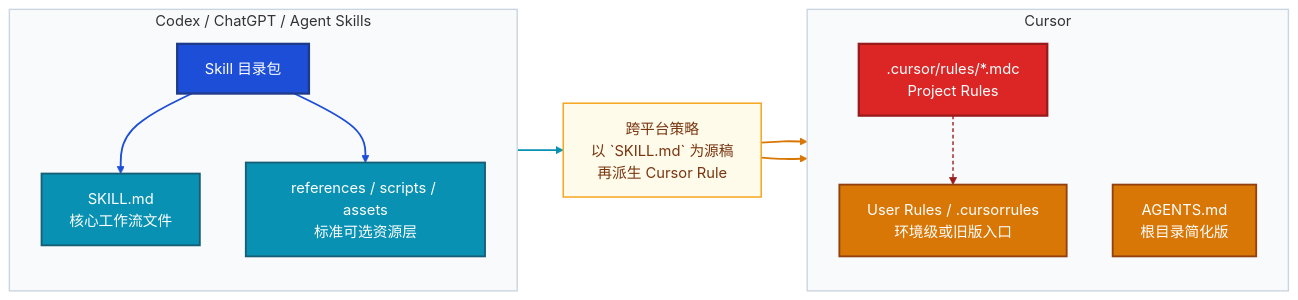
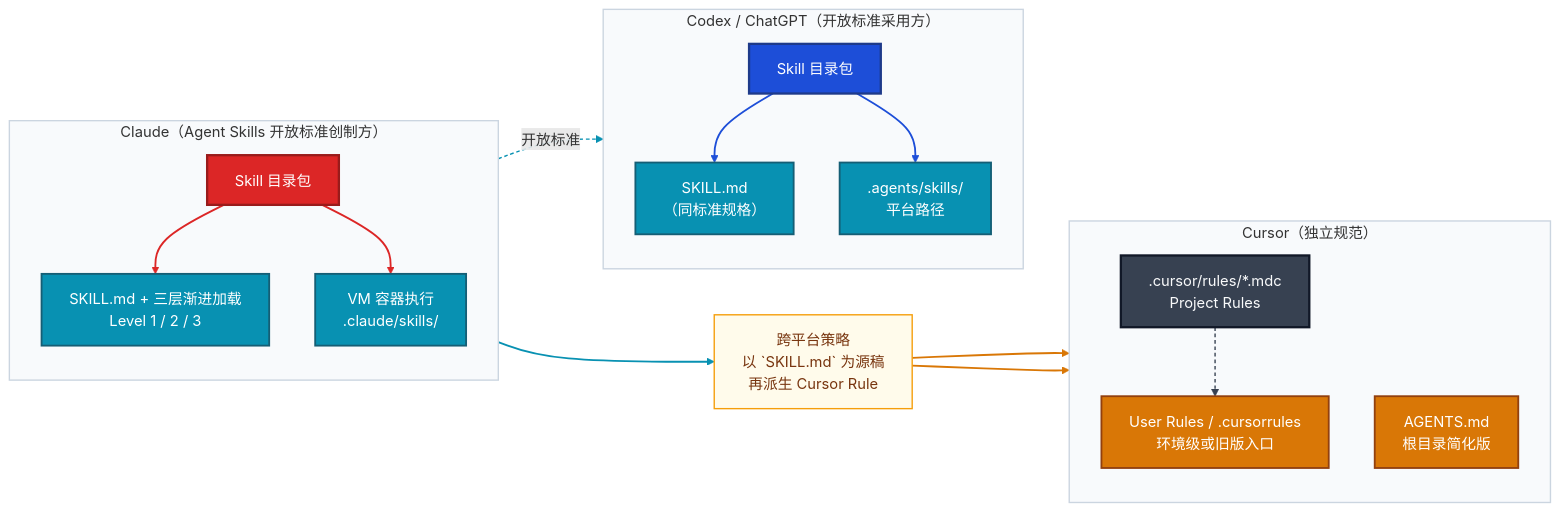
One commit to amuqiao/empty changed the second of 3 diagrams in mermaid作图规范/标准Skill目录规范与平台差异说明.md. Above: the diagram before and after it, drawn with Mermaid. The commit also changed other lines of this file and 1 other file, not shown here.

````diff
--- a/mermaid作图规范/标准Skill目录规范与平台差异说明.md
+++ b/mermaid作图规范/标准Skill目录规范与平台差异说明.md
@@ -241,41 +201,58 @@
 ```mermaid
 flowchart LR
-    %% ── 配色定义：平台映射图 ─────────────────────────────────
-    classDef openStyle   fill:#1d4ed8,stroke:#1e3a8a,stroke-width:2.5px,color:#fff
+    %% ── 配色定义：三平台映射图 ──────────────────────────────────
+    classDef claudeStyle fill:#dc2626,stroke:#991b1b,stroke-width:2.5px,color:#fff
+    classDef codexStyle  fill:#1d4ed8,stroke:#1e3a8a,stroke-width:2.5px,color:#fff
     classDef skillStyle  fill:#0891b2,stroke:#155e75,stroke-width:2px,color:#fff
-    classDef cursorStyle fill:#dc2626,stroke:#991b1b,stroke-width:2.5px,color:#fff
+    classDef cursorStyle fill:#374151,stroke:#111827,stroke-width:2.5px,color:#f9fafb
     classDef ruleStyle   fill:#d97706,stroke:#92400e,stroke-width:2px,color:#fff
     classDef noteStyle   fill:#fffbeb,stroke:#f59e0b,stroke-width:1.5px,color:#78350f
     classDef layerStyle  fill:#f8fafc,stroke:#cbd5e0,stroke-width:1.5px
 
-    subgraph OPENAI["Codex / ChatGPT / Agent Skills"]
+    subgraph CLAUDE["Claude（Agent Skills 开放标准创制方）"]
         direction TB
-        O1["Skill 目录包"]:::openStyle
-        O2["SKILL.md<br>核心工作流文件"]:::skillStyle
-        O3["references / scripts / assets<br>标准可选资源层"]:::skillStyle
+        CL1["Skill 目录包"]:::claudeStyle
+        CL2["SKILL.md + 三层渐进加载<br>Level 1 / 2 / 3"]:::skillStyle
+        CL3["VM 容器执行<br>.claude/skills/"]:::skillStyle
     end
-    class OPENAI layerStyle
+    class CLAUDE layerStyle
 
-    subgraph CURSOR["Cursor"]
+    subgraph CODEX["Codex / ChatGPT（开放标准采用方）"]
+        direction TB
+        O1["Skill 目录包"]:::codexStyle
+        O2["SKILL.md<br>（同标准规格）"]:::skillStyle
+        O3[".agents/skills/<br>平台路径"]:::skillStyle
+    end
+    class CODEX layerStyle
+
+    subgraph CURSOR["Cursor（独立规范）"]
         direction TB
         C1[".cursor/rules/*.mdc<br>Project Rules"]:::cursorStyle
         C2["AGENTS.md<br>根目录简化版"]:::ruleStyle
         C3["User Rules / .cursorrules<br>环境级或旧版入口"]:::ruleStyle
     end
     class CURSOR layerStyle
 
     BRIDGE["跨平台策略<br>以 `SKILL.md` 为源稿<br>再派生 Cursor Rule"]:::noteStyle
 
+    CL1 --> CL2
+    CL1 --> CL3
+    CL2 -.->|"开放标准"| O1
     O1 --> O2
     O1 --> O3
-    O2 --> BRIDGE
+    CL2 --> BRIDGE
     BRIDGE --> C1
     BRIDGE --> C2
     C1 -.-> C3
 
-    %% 边索引：0-5，共 6 条
-    linkStyle 0,1 stroke:#1d4ed8,stroke-width:2px
-    linkStyle 2 stroke:#0891b2,stroke-width:2px
-    linkStyle 3,4 stroke:#d97706,stroke-width:2px
-    linkStyle 5 stroke:#991b1b,stroke-width:1.5px,stroke-dasharray:4 3
+    %% 边索引：0-8，共 9 条
+    linkStyle 0 stroke:#dc2626,stroke-width:2px
+    linkStyle 1 stroke:#dc2626,stroke-width:2px
+    linkStyle 2 stroke:#0891b2,stroke-width:1.5px,stroke-dasharray:4 3
+    linkStyle 3 stroke:#1d4ed8,stroke-width:2px
+    linkStyle 4 stroke:#1d4ed8,stroke-width:2px
+    linkStyle 5 stroke:#0891b2,stroke-width:2px
+    linkStyle 6 stroke:#d97706,stroke-width:2px
+    linkStyle 7 stroke:#d97706,stroke-width:2px
+    linkStyle 8 stroke:#374151,stroke-width:1.5px,stroke-dasharray:4 3
 ```
````
